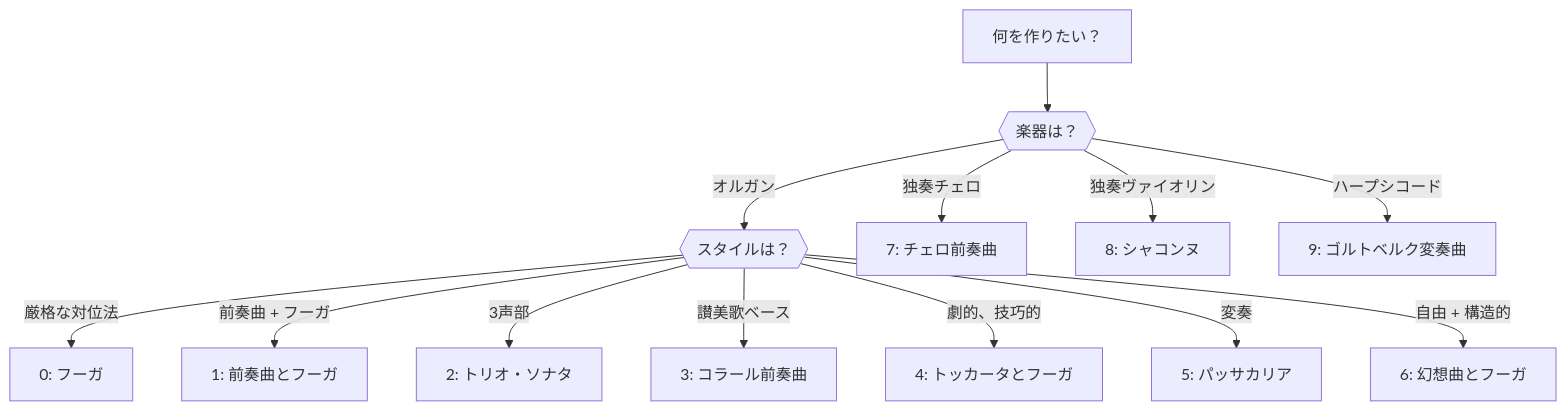
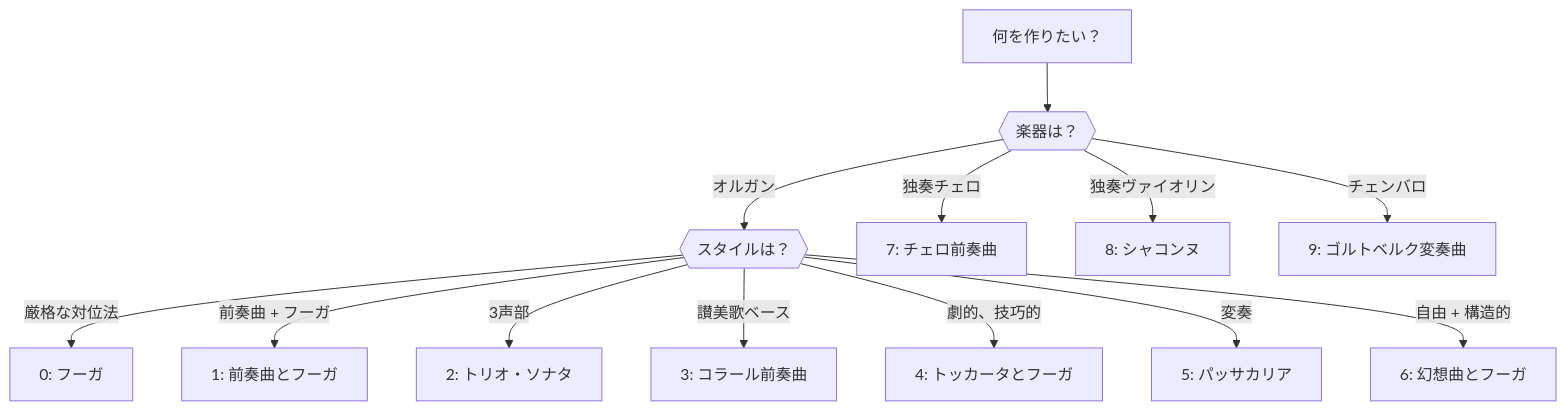
One commit to libraz/midi-sketch-bach-homepage changed the diagram in src/ja/docs/presets.md. Above: the diagram before and after it, drawn with Mermaid. The commit also changed other lines of this file and 90 other files, not shown here.

````diff
--- a/src/ja/docs/presets.md
+++ b/src/ja/docs/presets.md
@@ -33,15 +41,15 @@
 ```mermaid
 graph TD
     A["何を作りたい？"] --> B{{"楽器は？"}}
     B -->|"オルガン"| C{{"スタイルは？"}}
     B -->|"独奏チェロ"| D["7: チェロ前奏曲"]
     B -->|"独奏ヴァイオリン"| E["8: シャコンヌ"]
-    B -->|"ハープシコード"| M["9: ゴルトベルク変奏曲"]
+    B -->|"チェンバロ"| M["9: ゴルトベルク変奏曲"]
     C -->|"厳格な対位法"| F["0: フーガ"]
     C -->|"前奏曲 + フーガ"| G["1: 前奏曲とフーガ"]
     C -->|"3声部"| H["2: トリオ・ソナタ"]
     C -->|"讃美歌ベース"| I["3: コラール前奏曲"]
     C -->|"劇的、技巧的"| J["4: トッカータとフーガ"]
     C -->|"変奏"| K["5: パッサカリア"]
     C -->|"自由 + 構造的"| L["6: 幻想曲とフーガ"]
 ```
````
